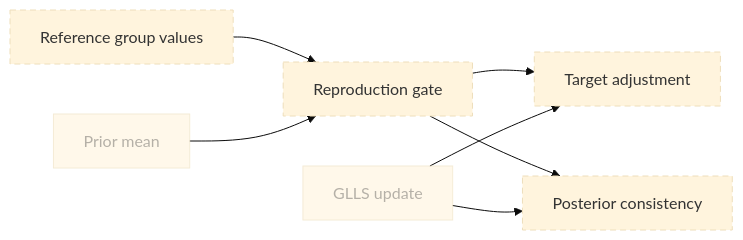
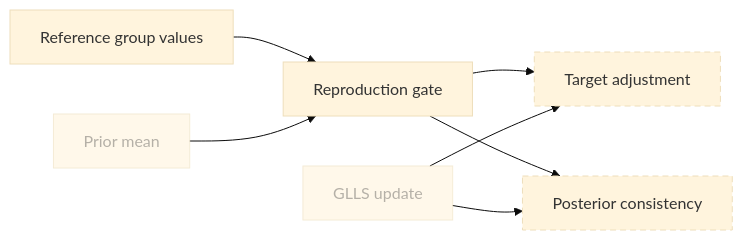
Before and after one commit to aurja130/WPEC_SG52: the ninth of 11 diagrams in DBC/CONCEPTS.md, drawn with Mermaid (base theme). The commit also changed other lines of this file and 10 other files, not shown here.

First line of the commit message:
Add the Exercise 6 observations and ENDF reference group values

````diff
--- a/DBC/CONCEPTS.md
+++ b/DBC/CONCEPTS.md
@@ -489,16 +489,16 @@
 ```mermaid
 flowchart LR
   ReferenceGroupValues["Reference group values"]
   ReproductionGate["Reproduction gate"]
   TargetAdjustment["Target adjustment"]
   PosteriorConsistency["Posterior consistency"]
   PriorMean["Prior mean"]
   Glls["GLLS update"]
   ReferenceGroupValues & PriorMean --> ReproductionGate
   ReproductionGate --> TargetAdjustment & PosteriorConsistency
   Glls --> TargetAdjustment & PosteriorConsistency
   classDef planned stroke-dasharray: 6 4
   classDef external opacity: 0.6
-  class ReferenceGroupValues,ReproductionGate,TargetAdjustment,PosteriorConsistency planned
+  class TargetAdjustment,PosteriorConsistency planned
   class PriorMean,Glls external
 ```
````
